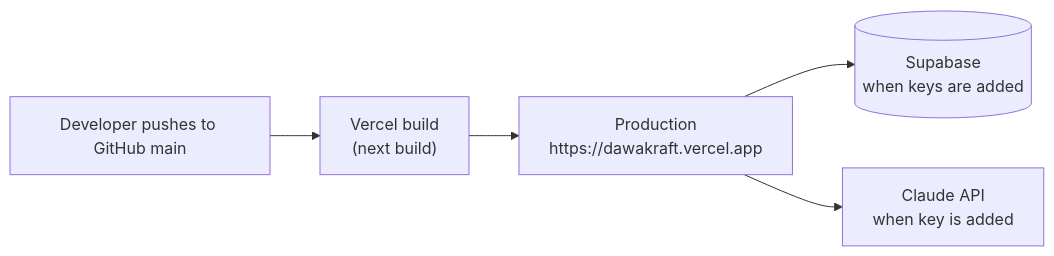
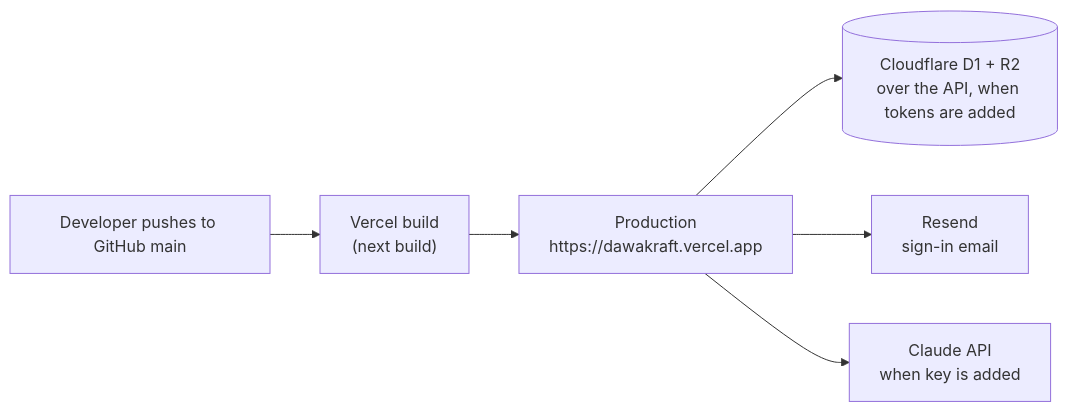
Before and after one commit to kollanaveen-ctrl/dawakraft: the third of 3 diagrams in docs/ARCHITECTURE.md, drawn with Mermaid. The commit also changed other lines of this file and 54 other files, not shown here.

First line of the commit message:
feat: Cloudflare D1 + R2 with email-code sign-in, replacing Supabase

````diff
--- a/docs/ARCHITECTURE.md
+++ b/docs/ARCHITECTURE.md
@@ -234,7 +296,8 @@
 ```mermaid
 flowchart LR
   Dev["Developer pushes to GitHub main"] --> V["Vercel build<br/>(next build)"]
   V --> P["Production<br/>https://dawakraft.vercel.app"]
-  P --> S[(Supabase<br/>when keys are added)]
+  P --> S[(Cloudflare D1 + R2<br/>over the API, when tokens are added)]
+  P --> M[Resend<br/>sign-in email]
   P --> C[Claude API<br/>when key is added]
 ```
````
